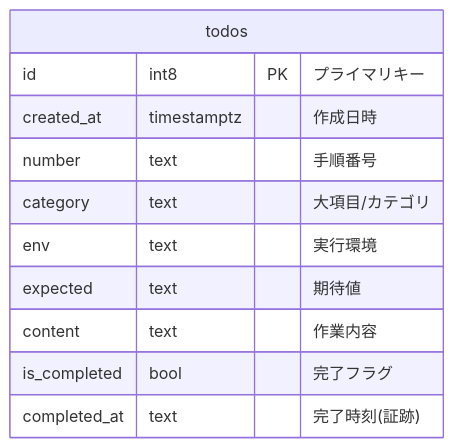
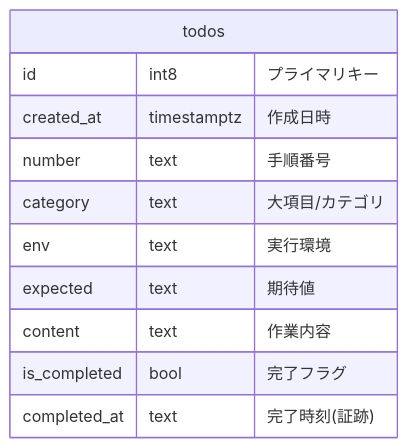
The second of 2 diagrams in README.md (Everybodyhappyok4416/standard-operating-procedures), drawn with Mermaid before and after one commit.

Commit message:
docs: update README and project structure

````diff
--- a/README.md
+++ b/README.md
@@ -53,14 +53,14 @@
 ```mermaid
 erDiagram
     todos {
-        id int8 PK "プライマリキー"
+        id int8 "プライマリキー"
         created_at timestamptz "作成日時"
         number text "手順番号"
         category text "大項目/カテゴリ"
         env text "実行環境"
         expected text "期待値"
         content text "作業内容"
         is_completed bool "完了フラグ"
         completed_at text "完了時刻(証跡)"
     }
 ```
````
